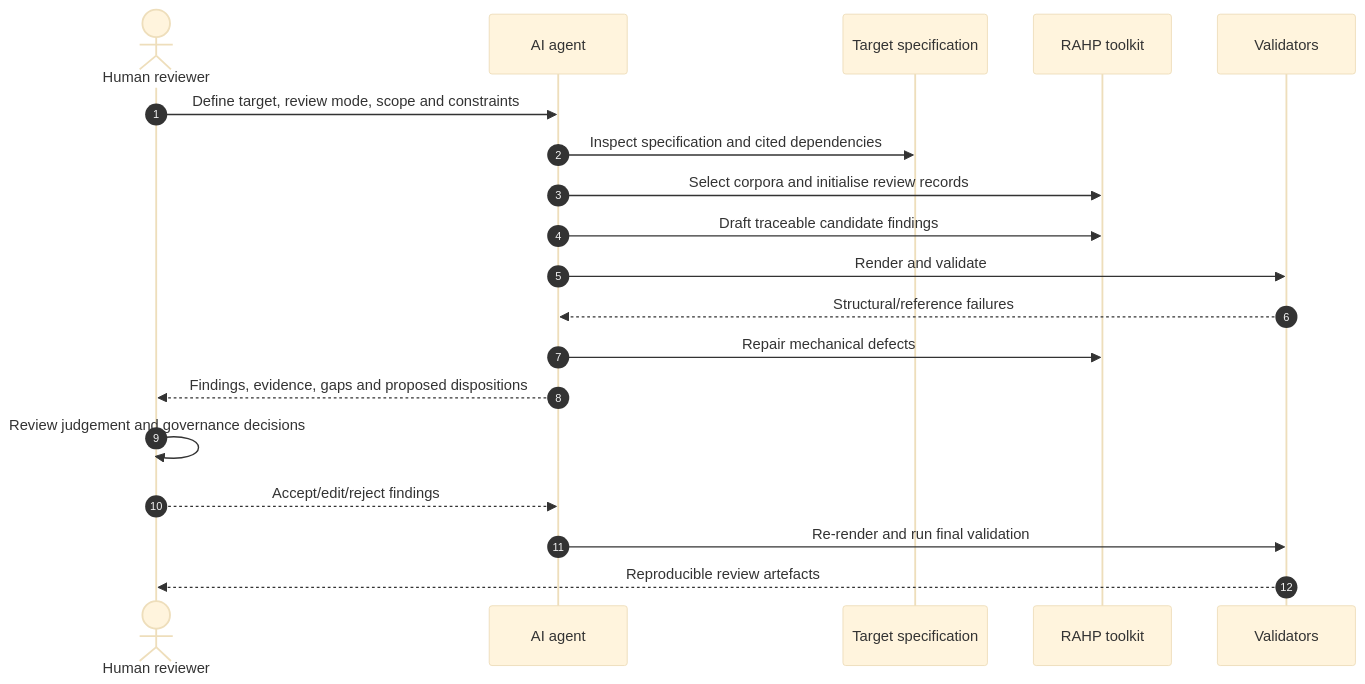
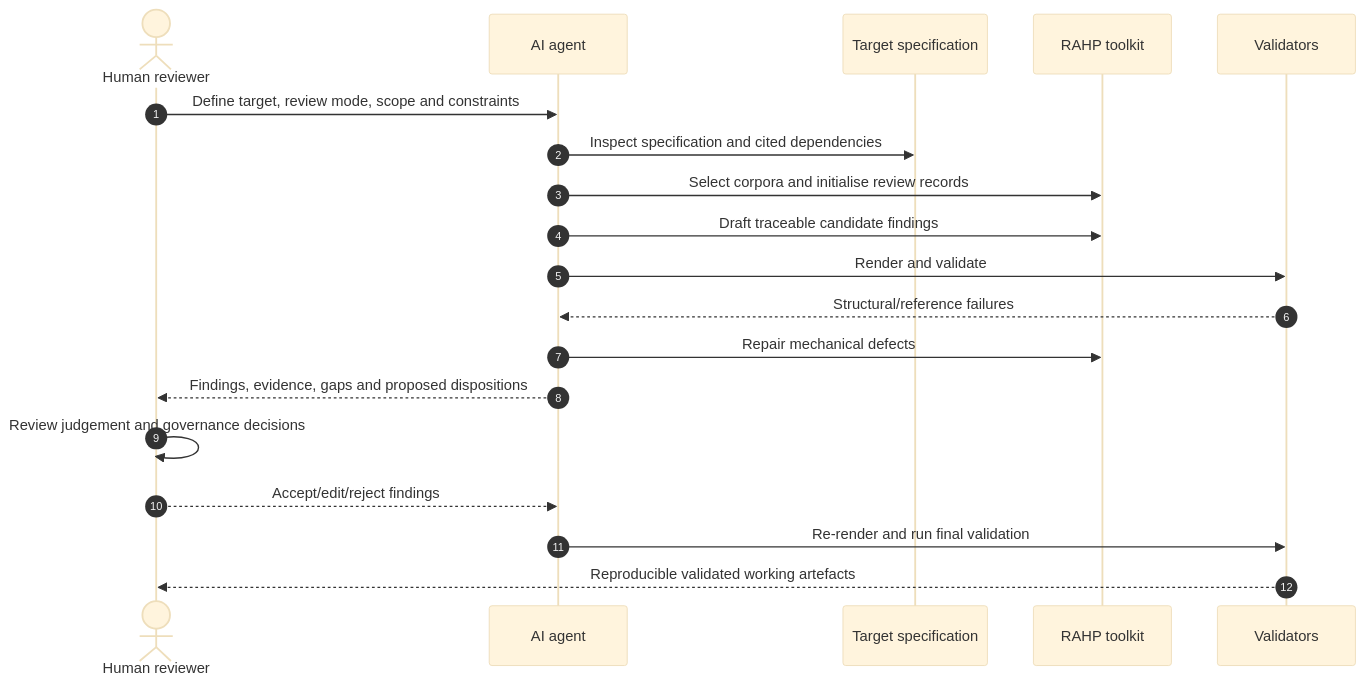
One commit to sankarshanmukhopadhyay/dtgwg-rahp-tf changed the first of 3 diagrams in docs/using-an-ai-agent.md. Above: the diagram before and after it, drawn with Mermaid (base theme). The commit also changed other lines of this file and 127 other files, not shown here.

````diff
--- a/docs/using-an-ai-agent.md
+++ b/docs/using-an-ai-agent.md
@@ -32,21 +32,21 @@
 ```mermaid
 sequenceDiagram
     autonumber
     actor H as Human reviewer
     participant A as AI agent
     participant T as Target specification
     participant R as RAHP toolkit
     participant V as Validators
     H->>A: Define target, review mode, scope and constraints
     A->>T: Inspect specification and cited dependencies
     A->>R: Select corpora and initialise review records
     A->>R: Draft traceable candidate findings
     A->>V: Render and validate
     V-->>A: Structural/reference failures
     A->>R: Repair mechanical defects
     A-->>H: Findings, evidence, gaps and proposed dispositions
     H->>H: Review judgement and governance decisions
     H-->>A: Accept/edit/reject findings
     A->>V: Re-render and run final validation
-    V-->>H: Reproducible review artefacts
+    V-->>H: Reproducible validated working artefacts
 ```
````
